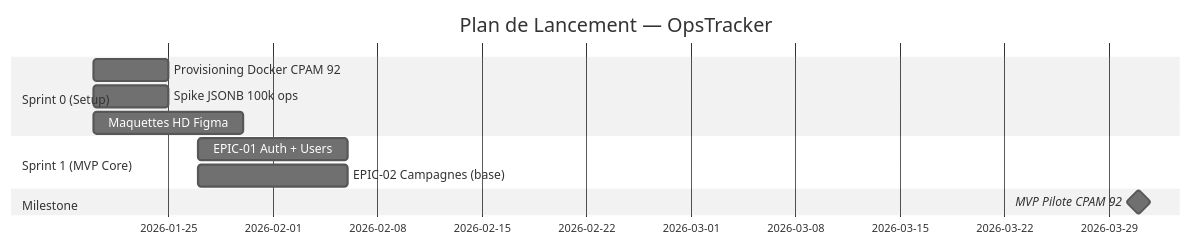
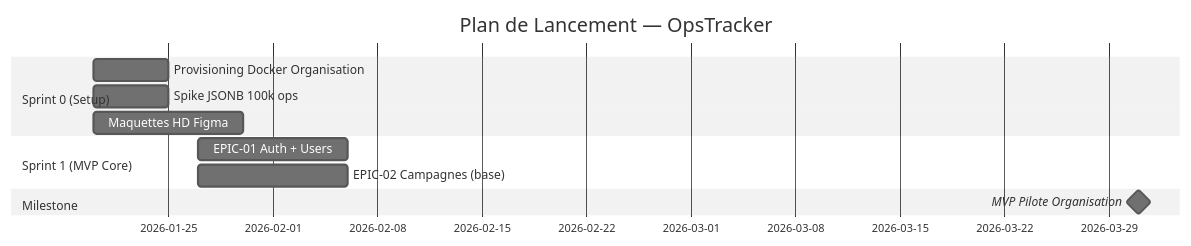
One commit to ElegAlex/OPSTRACKER changed the second of 3 diagrams in CADRAGE/P4.3 - Validation.md. Above: the diagram before and after it, drawn with Mermaid (neutral theme). The commit also changed other lines of this file and 47 other files, not shown here.

````diff
--- a/CADRAGE/P4.3 - Validation.md
+++ b/CADRAGE/P4.3 - Validation.md
@@ -293,14 +293,14 @@
 ```mermaid
 gantt
     title Plan de Lancement — OpsTracker
     dateFormat  YYYY-MM-DD
     section Sprint 0 (Setup)
-    Provisioning Docker CPAM 92       :a1, 2026-01-20, 5d
+    Provisioning Docker Organisation       :a1, 2026-01-20, 5d
     Spike JSONB 100k ops              :a2, 2026-01-20, 5d
     Maquettes HD Figma                :a3, 2026-01-20, 10d
     section Sprint 1 (MVP Core)
     EPIC-01 Auth + Users              :s1, 2026-01-27, 10d
     EPIC-02 Campagnes (base)          :s2, 2026-01-27, 10d
     section Milestone
-    MVP Pilote CPAM 92                :milestone, 2026-03-31, 0d
+    MVP Pilote Organisation                :milestone, 2026-03-31, 0d
 ```
````
